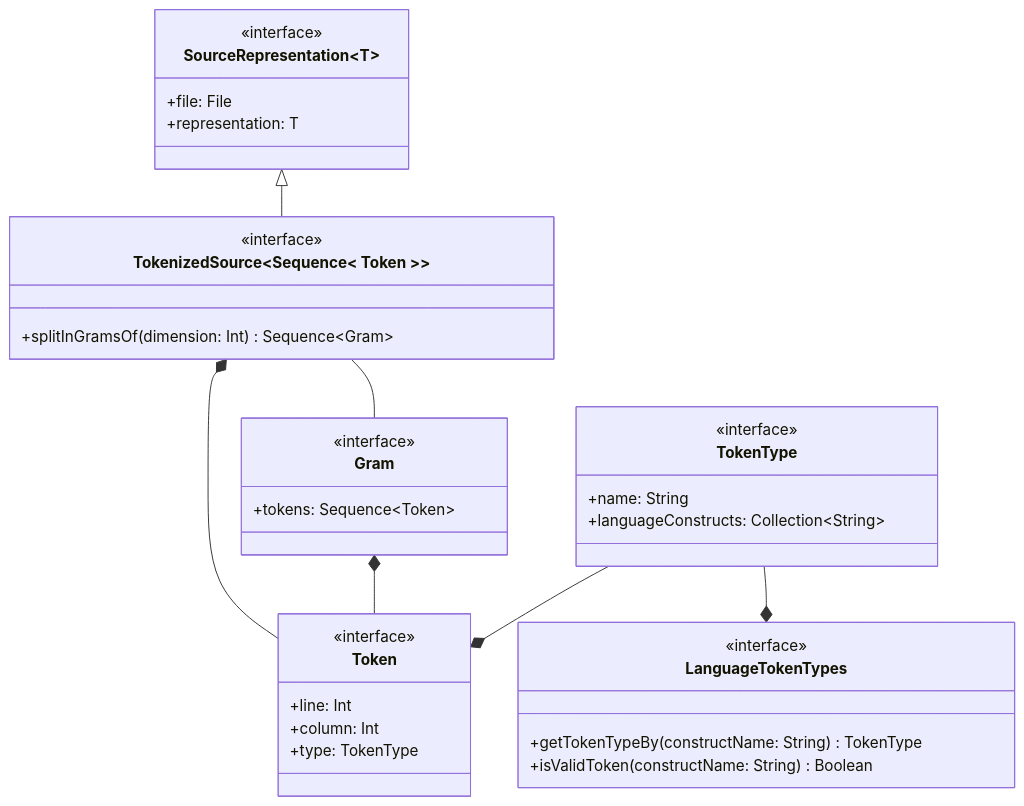
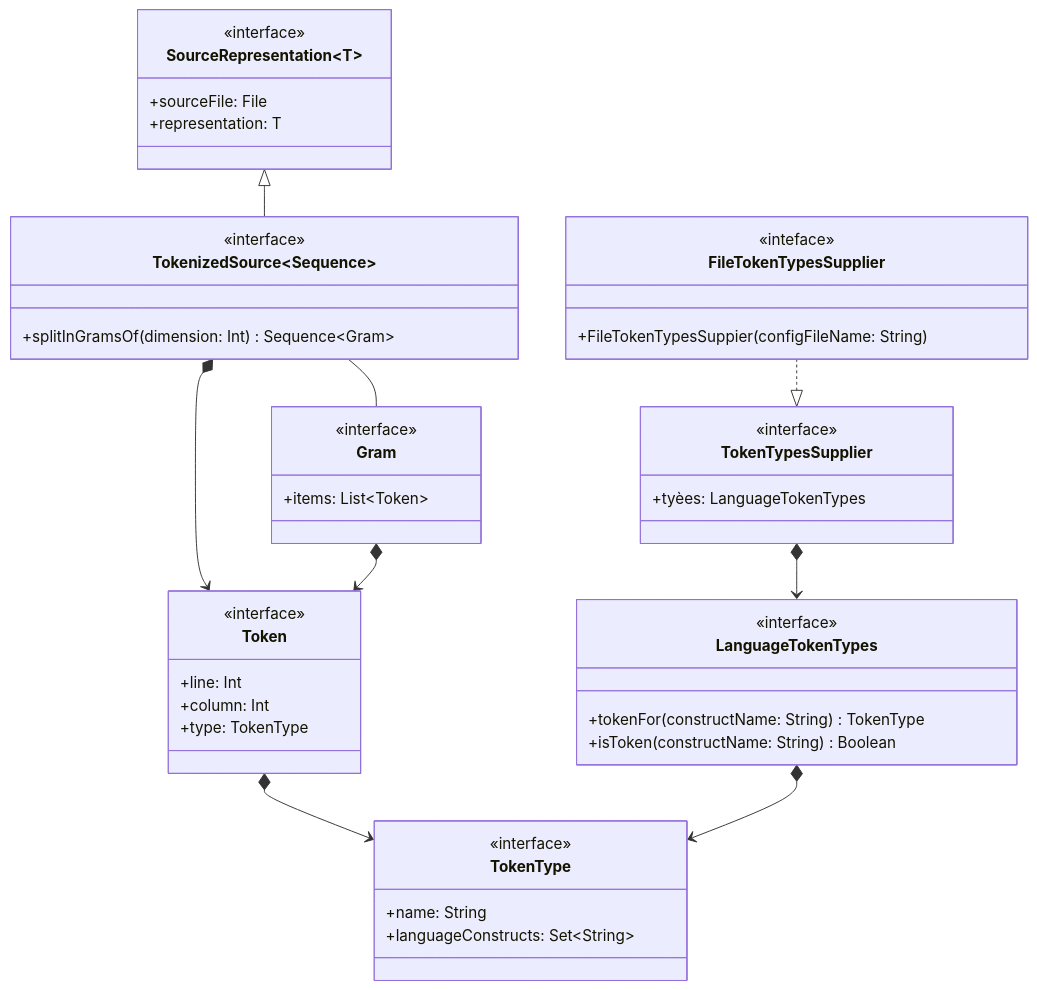
One commit to tassiLuca/code-plagiarism-detector-doc changed the eighth of 13 diagrams in doc.md. Above: the diagram before and after it, drawn with Mermaid. The commit also changed other lines of this file, not shown here.

Commit message:
update schemas

````diff
--- a/doc.md
+++ b/doc.md
@@ -349,43 +359,55 @@
 ```mermaid
 classDiagram
-    direction BT
+direction BT
     class SourceRepresentation~T~ {
         <<interface>>
-        +file: File
+        +sourceFile: File
         +representation: T
     }
-    class TokenizedSource~Sequence< Token >~ {
+    class TokenizedSource~Sequence<Token>~ {
         <<interface>>
         +splitInGramsOf(dimension: Int) Sequence~Gram~
     }
     TokenizedSource --|> SourceRepresentation
 
     class Token {
         <<interface>>
         +line: Int
         +column: Int
         +type: TokenType
     }
-    Token --* TokenizedSource
+    Token <--* TokenizedSource
 
     class Gram {
         <<interface>>
-        +tokens: Sequence~Token~
+        +items: List~Token~
     }
-    Token --* Gram
+    Token <--* Gram
     Gram -- TokenizedSource
 
     class TokenType {
         <<interface>>
         +name: String
-        +languageConstructs: Collection~String~
+        +languageConstructs: Set~String~
     }
-    Token *-- TokenType
+    TokenType <--* Token
 
     class LanguageTokenTypes {
         <<interface>>
-        +getTokenTypeBy(constructName: String) TokenType
-        +isValidToken(constructName: String) Boolean
+        +tokenFor(constructName: String) TokenType
+        +isToken(constructName: String) Boolean
     }
-    LanguageTokenTypes *-- TokenType
+    TokenType <--* LanguageTokenTypes
+
+    class TokenTypesSupplier {
+        <<interface>>
+        +tyèes: LanguageTokenTypes
+    }
+    LanguageTokenTypes <--* TokenTypesSupplier
+
+    class FileTokenTypesSupplier {
+        <<inteface>>
+        +FileTokenTypesSuppier(configFileName: String)
+    }
+    TokenTypesSupplier <|.. FileTokenTypesSupplier
 ```
````
